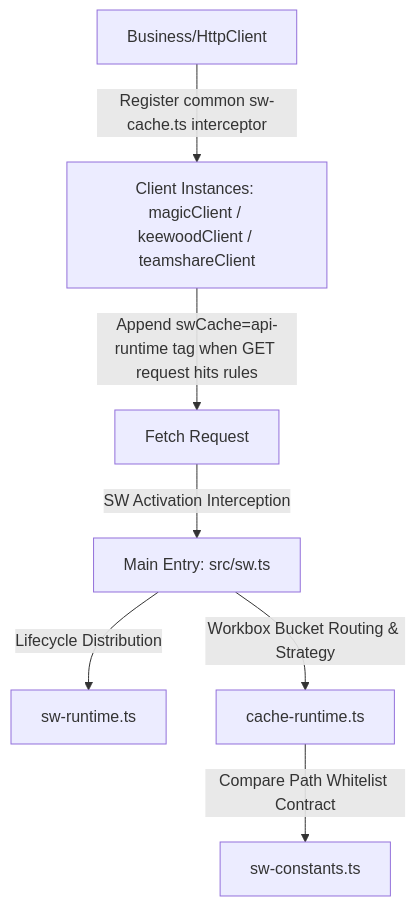
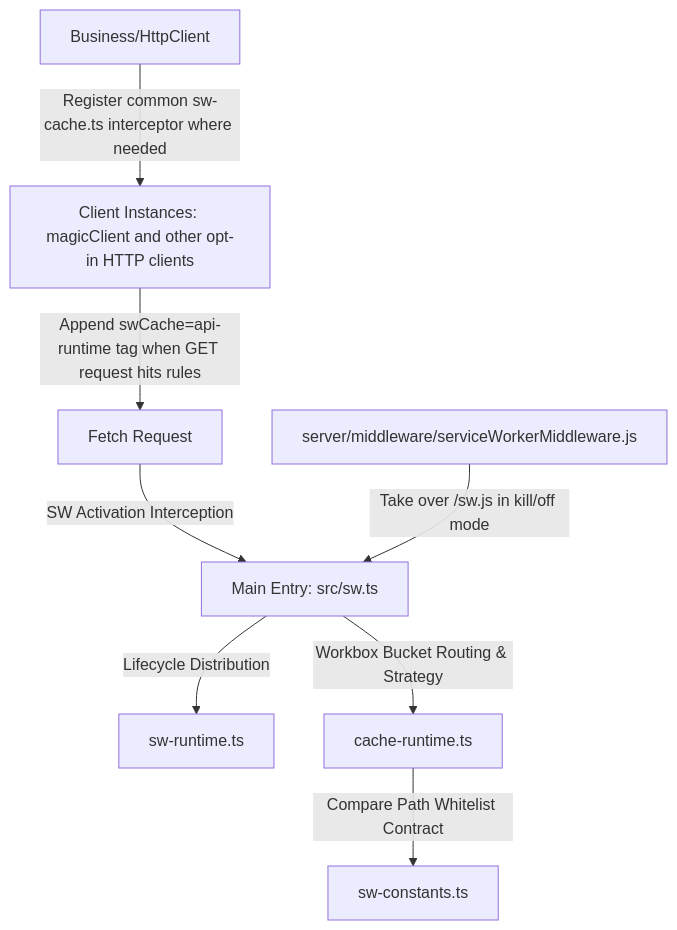
One commit to dtyq/magic changed the diagram in frontend/magic-web/.agents/skills/sw-best-practices/SKILL.md. Above: the diagram before and after it, drawn with Mermaid. The commit also changed other lines of this file, not shown here.

Commit message:
feat(sw-best-practices): update Service Worker specifications and enhance cache management guidelines

````diff
--- a/frontend/magic-web/.agents/skills/sw-best-practices/SKILL.md
+++ b/frontend/magic-web/.agents/skills/sw-best-practices/SKILL.md
@@ -58,9 +66,10 @@
 ```mermaid
 graph TD
-    Client[Business/HttpClient] -->|Register common sw-cache.ts interceptor| Clients[Client Instances: magicClient / keewoodClient / teamshareClient]
+   Client[Business/HttpClient] -->|Register common sw-cache.ts interceptor where needed| Clients[Client Instances: magicClient and other opt-in HTTP clients]
     Clients -->|Append swCache=api-runtime tag when GET request hits rules| Fetch[Fetch Request]
     Fetch -->|SW Activation Interception| SW[Main Entry: src/sw.ts]
     SW -->|Lifecycle Distribution| Runtime[sw-runtime.ts]
     SW -->|Workbox Bucket Routing & Strategy| Cache[cache-runtime.ts]
     Cache -->|Compare Path Whitelist Contract| Constants[sw-constants.ts]
+   Server[server/middleware/serviceWorkerMiddleware.js] -->|Take over /sw.js in kill/off mode| SW
 ```
````
